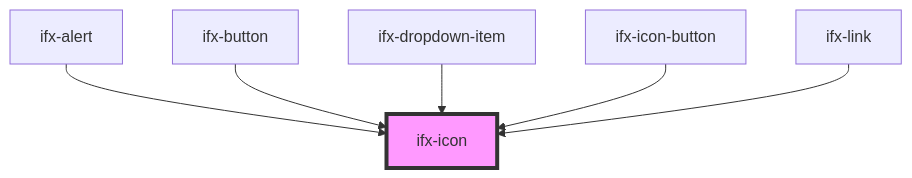
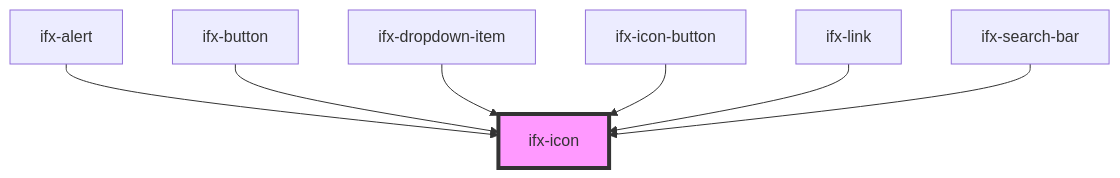
One commit to Infineon/infineon-design-system-stencil changed the diagram in src/components/icon/readme.md. Above: the diagram before and after it, drawn with Mermaid. The commit also changed other lines of this file and 7 other files, not shown here.

Commit message:
search-bar button and test added

````diff
--- a/src/components/icon/readme.md
+++ b/src/components/icon/readme.md
@@ -27,9 +28,10 @@
 ```mermaid
 graph TD;
   ifx-alert --> ifx-icon
   ifx-button --> ifx-icon
   ifx-dropdown-item --> ifx-icon
   ifx-icon-button --> ifx-icon
   ifx-link --> ifx-icon
+  ifx-search-bar --> ifx-icon
   style ifx-icon fill:#f9f,stroke:#333,stroke-width:4px
 ```
````
